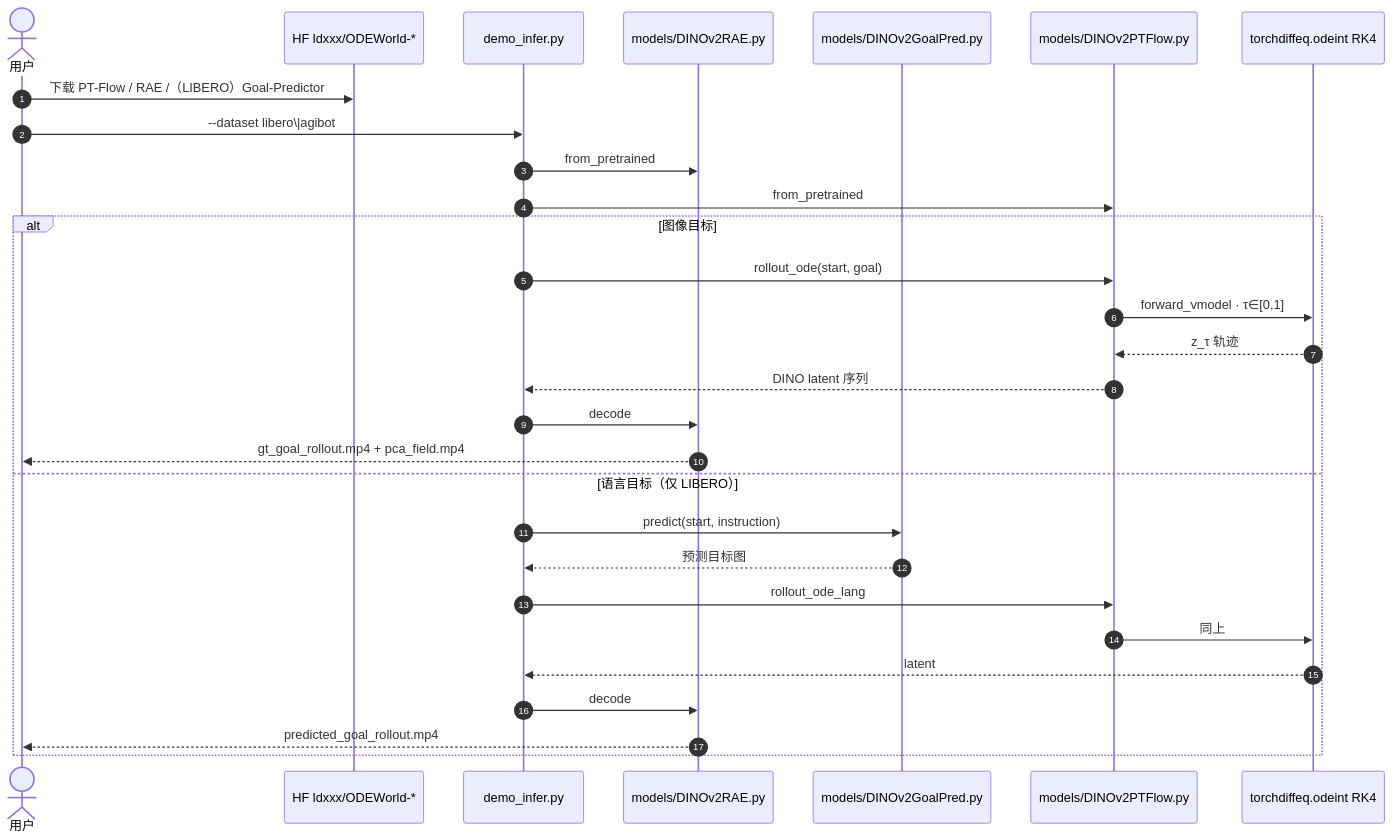
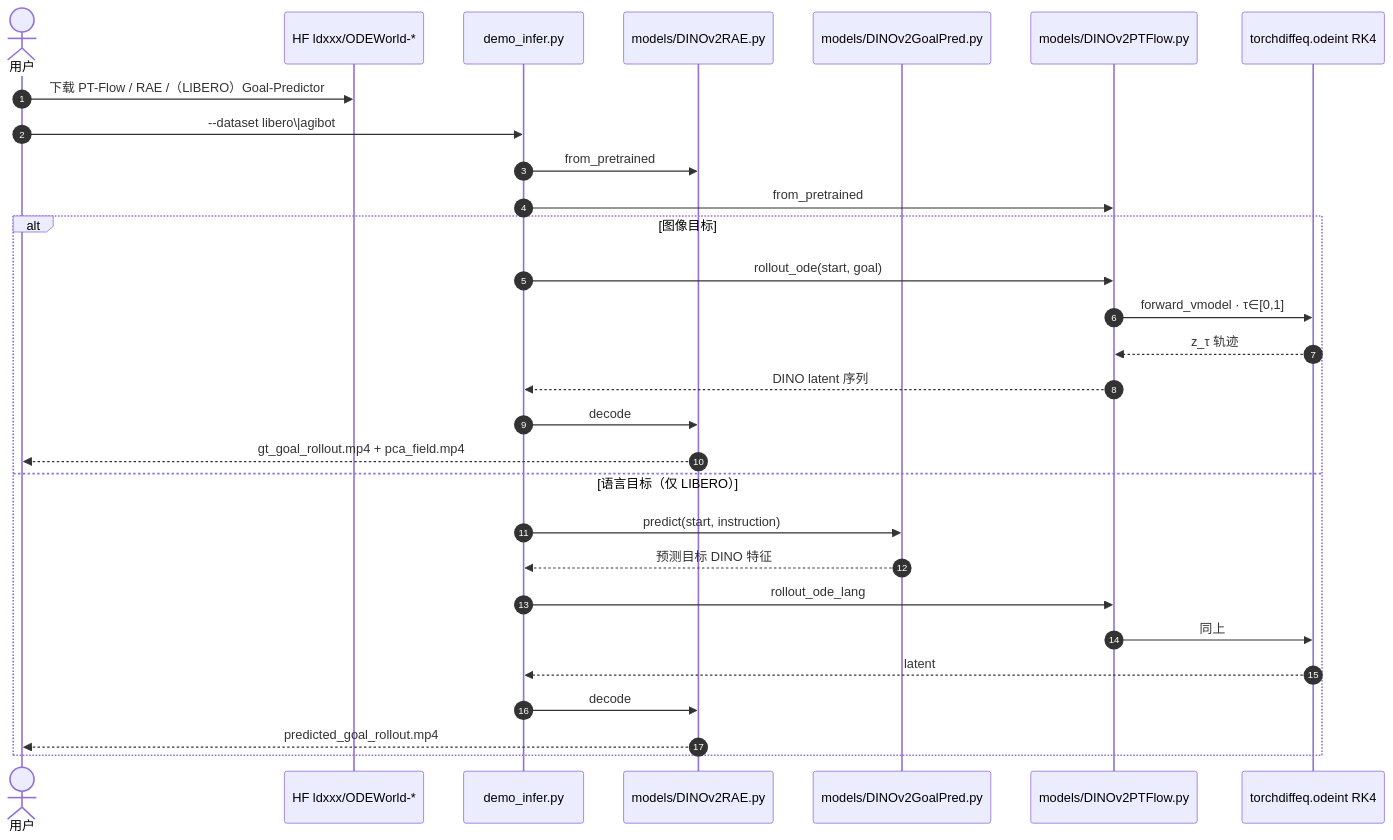
Before and after one commit to ImChong/Robotics_Notebooks: the second of 2 diagrams in wiki/entities/paper-odeworld.md, drawn with Mermaid. The commit also changed other lines of this file and 208 other files, not shown here.

Commit message:
[2026-11-14] ingest | roadmap/depth-wam.md — 补齐 WAM 全部节点原文证据与满分健康度

````diff
--- a/wiki/entities/paper-odeworld.md
+++ b/wiki/entities/paper-odeworld.md
@@ -130,31 +132,31 @@
 ```mermaid
 sequenceDiagram
     autonumber
     actor U as 用户
     participant HF as HF ldxxx/ODEWorld-*
     participant DI as demo_infer.py
     participant RAE as models/DINOv2RAE.py
     participant GP as models/DINOv2GoalPred.py
     participant PT as models/DINOv2PTFlow.py
     participant ODE as torchdiffeq.odeint RK4
     U->>HF: 下载 PT-Flow / RAE /（LIBERO）Goal-Predictor
     U->>DI: --dataset libero\|agibot
     DI->>RAE: from_pretrained
     DI->>PT: from_pretrained
     alt 图像目标
         DI->>PT: rollout_ode(start, goal)
         PT->>ODE: forward_vmodel · τ∈[0,1]
         ODE-->>PT: z_τ 轨迹
         PT-->>DI: DINO latent 序列
         DI->>RAE: decode
         RAE-->>U: gt_goal_rollout.mp4 + pca_field.mp4
     else 语言目标（仅 LIBERO）
         DI->>GP: predict(start, instruction)
-        GP-->>DI: 预测目标图
+        GP-->>DI: 预测目标 DINO 特征
         DI->>PT: rollout_ode_lang
         PT->>ODE: 同上
         ODE-->>DI: latent
         DI->>RAE: decode
         RAE-->>U: predicted_goal_rollout.mp4
     end
 ```
````
